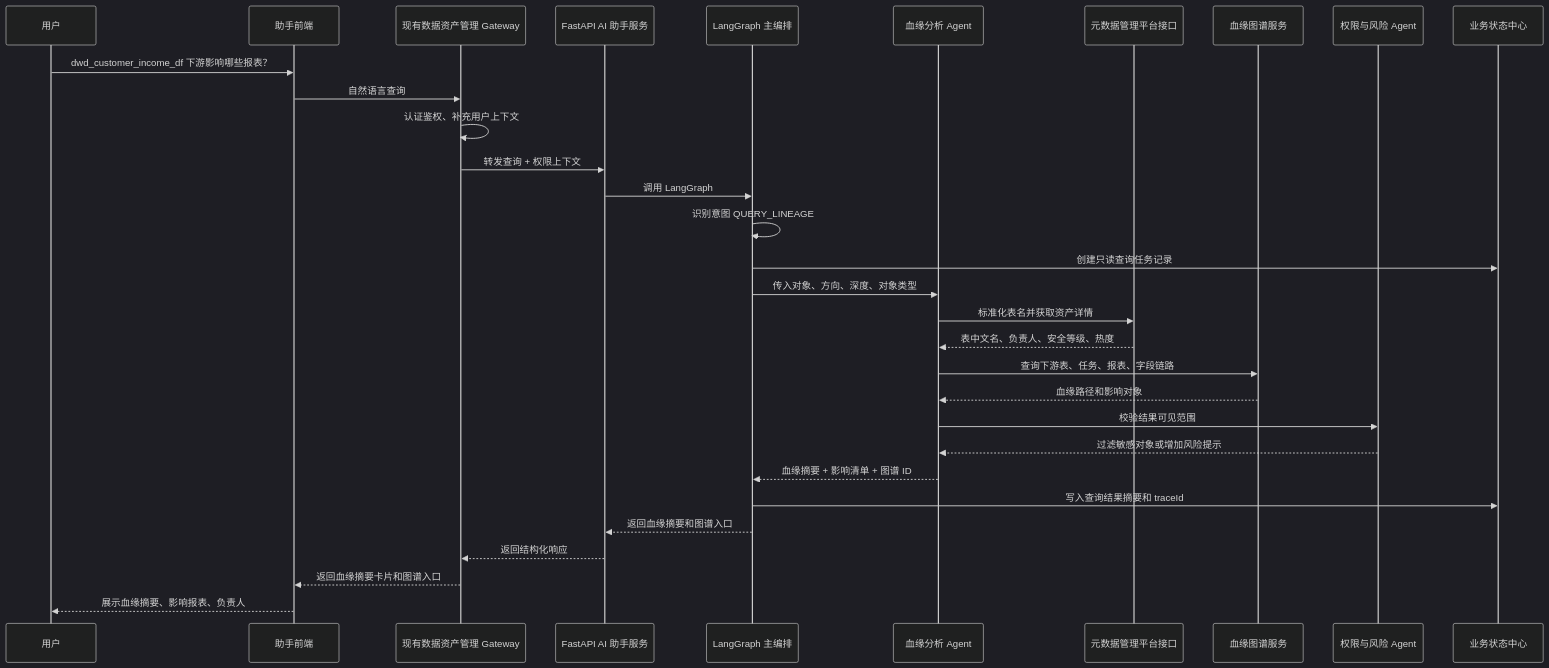
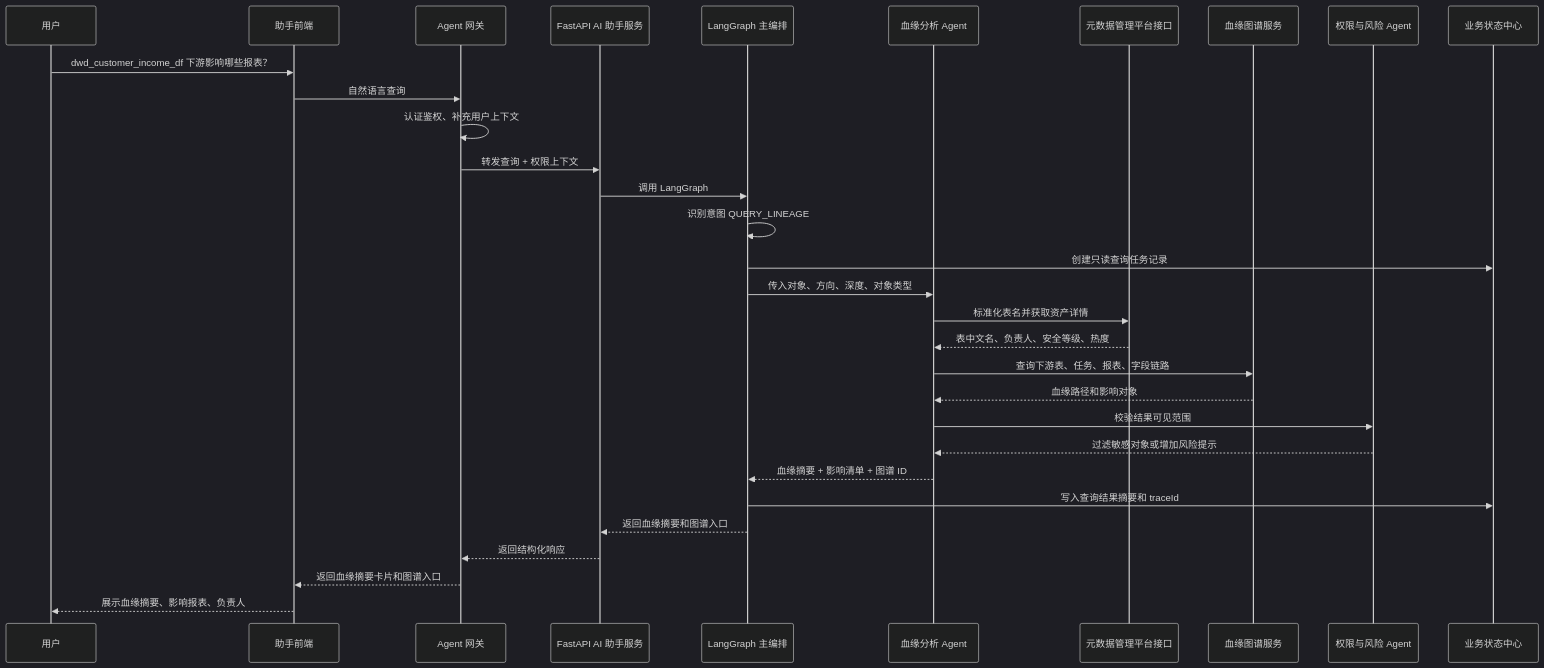
One commit to ShaneLiu001/dataasset changed the fourth of 8 diagrams in 数据资产助手/90-附录-数据资产助手典型场景数据流.md. Above: the diagram before and after it, drawn with Mermaid (dark theme). The commit also changed other lines of this file and 17 other files, not shown here.

````diff
--- a/数据资产助手/90-附录-数据资产助手典型场景数据流.md
+++ b/数据资产助手/90-附录-数据资产助手典型场景数据流.md
@@ -171,34 +171,34 @@
 ```mermaid
 sequenceDiagram
   participant U as 用户
   participant FE as 助手前端
-  participant GW as 现有数据资产管理 Gateway
+  participant GW as Agent 网关
   participant API as FastAPI AI 助手服务
   participant R as LangGraph 主编排
   participant A as 血缘分析 Agent
   participant M as 元数据管理平台接口
   participant G as 血缘图谱服务
   participant Risk as 权限与风险 Agent
   participant State as 业务状态中心
 
   U->>FE: dwd_customer_income_df 下游影响哪些报表？
   FE->>GW: 自然语言查询
   GW->>GW: 认证鉴权、补充用户上下文
   GW->>API: 转发查询 + 权限上下文
   API->>R: 调用 LangGraph
   R->>R: 识别意图 QUERY_LINEAGE
   R->>State: 创建只读查询任务记录
   R->>A: 传入对象、方向、深度、对象类型
   A->>M: 标准化表名并获取资产详情
   M-->>A: 表中文名、负责人、安全等级、热度
   A->>G: 查询下游表、任务、报表、字段链路
   G-->>A: 血缘路径和影响对象
   A->>Risk: 校验结果可见范围
   Risk-->>A: 过滤敏感对象或增加风险提示
   A-->>R: 血缘摘要 + 影响清单 + 图谱 ID
   R->>State: 写入查询结果摘要和 traceId
   R-->>API: 返回血缘摘要和图谱入口
   API-->>GW: 返回结构化响应
   GW-->>FE: 返回血缘摘要卡片和图谱入口
   FE-->>U: 展示血缘摘要、影响报表、负责人
 ```
````
